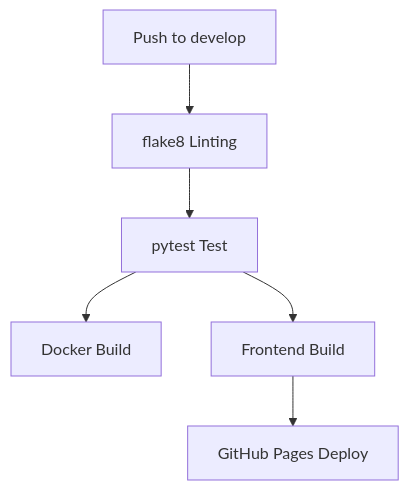
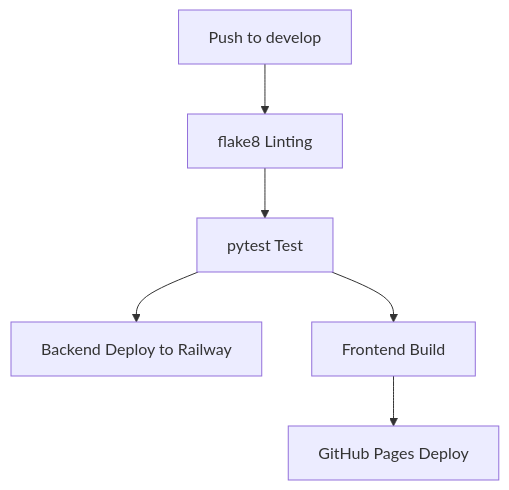
Before and after one commit to watanka/AbotMe: the fifth of 5 diagrams in docs/design.md, drawn with Mermaid. The commit also changed other lines of this file and 2 other files, not shown here.

Commit message:
docs: backend 배포 플랫폼 railway로 선택

````diff
--- a/docs/design.md
+++ b/docs/design.md
@@ -142,15 +142,15 @@
 ```mermaid
 graph TD
     A[Push to develop]
     B[flake8 Linting]
     C[pytest Test]
-    D[Docker Build]
+    D[Backend Deploy to Railway]
     E[Frontend Build]
     F[GitHub Pages Deploy]
     
     A --> B
     B --> C
     C --> D
     C --> E
     E --> F
 ```
````
